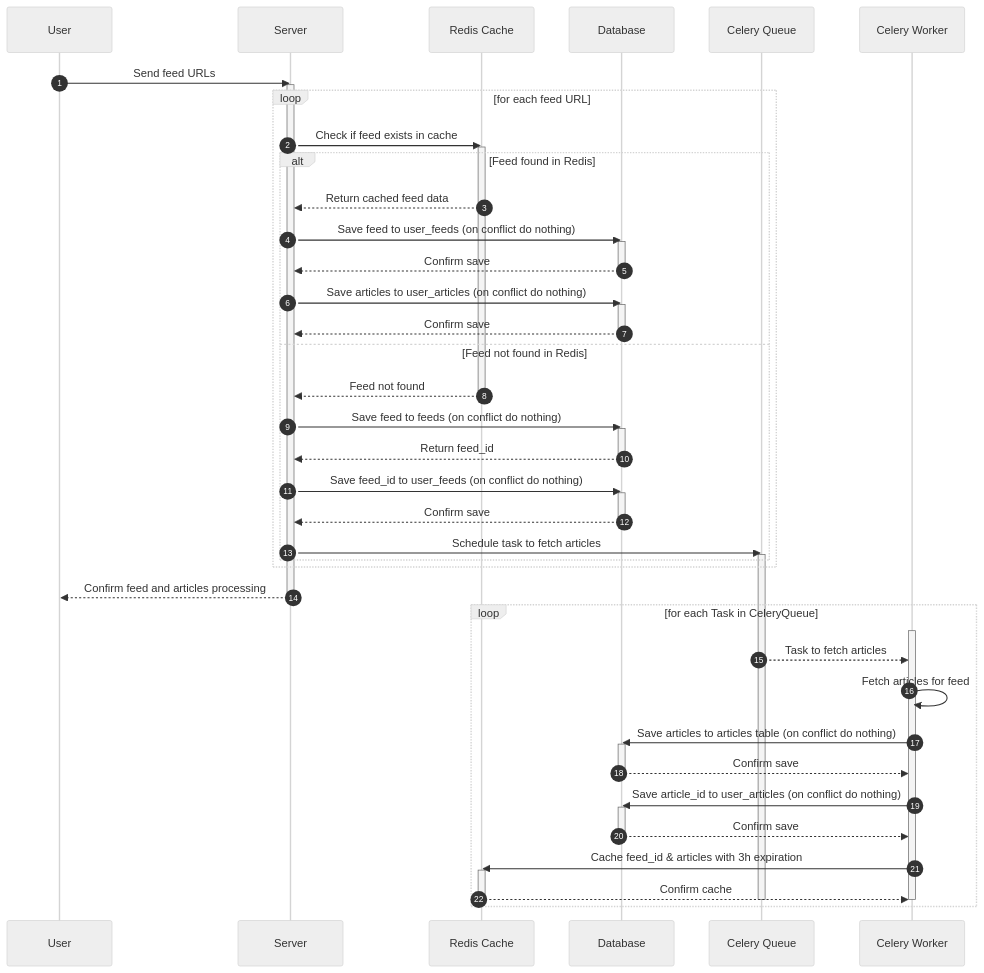
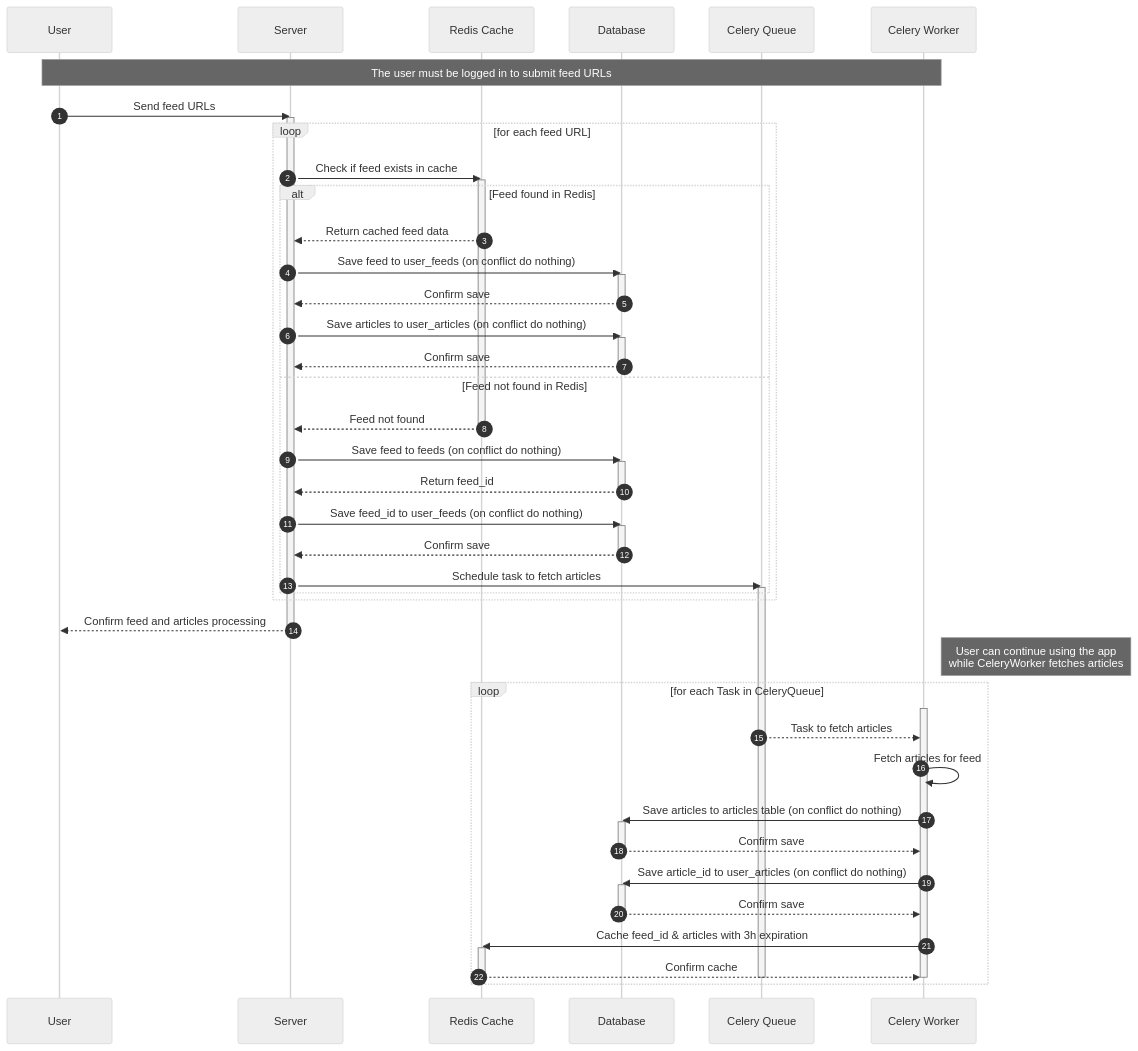
One commit to Dev-Dipesh/railway_poc changed the first of 2 diagrams in README.md. Above: the diagram before and after it, drawn with Mermaid (neutral theme). The commit also changed other lines of this file and 6 other files, not shown here.

````diff
--- a/README.md
+++ b/README.md
@@ -38,66 +191,70 @@
 ```mermaid
 sequenceDiagram
     autonumber
     participant User as User
     participant Server as Server
     participant Redis as Redis Cache
     participant Database as Database
     participant CeleryQueue as Celery Queue
     participant CeleryWorker as Celery Worker
+    
+    Note over User,CeleryWorker: The user must be logged in to submit feed URLs
 
     User->>Server: Send feed URLs
     activate Server
 
     loop for each feed URL
         Server->>Redis: Check if feed exists in cache
         activate Redis
 
         alt Feed found in Redis
             Redis-->>Server: Return cached feed data
             Server->>Database: Save feed to user_feeds (on conflict do nothing)
             activate Database
             Database-->>Server: Confirm save
             deactivate Database
             Server->>Database: Save articles to user_articles (on conflict do nothing)
             activate Database
             Database-->>Server: Confirm save
             deactivate Database
         else Feed not found in Redis
             Redis-->>Server: Feed not found
             deactivate Redis
             Server->>Database: Save feed to feeds (on conflict do nothing)
             activate Database
             Database-->>Server: Return feed_id
             deactivate Database
             Server->>Database: Save feed_id to user_feeds (on conflict do nothing)
             activate Database
             Database-->>Server: Confirm save
             deactivate Database
             Server->>CeleryQueue: Schedule task to fetch articles
             activate CeleryQueue
         end
     end
 
     Server-->>User: Confirm feed and articles processing
     deactivate Server
 
+    Note right of CeleryWorker: User can continue using the app <br/>while CeleryWorker fetches articles
+
     loop for each Task in CeleryQueue
         activate CeleryWorker
         CeleryQueue-->>CeleryWorker: Task to fetch articles
         CeleryWorker->>CeleryWorker: Fetch articles for feed
         CeleryWorker->>Database: Save articles to articles table (on conflict do nothing)
         activate Database
         Database-->>CeleryWorker: Confirm save
         deactivate Database
         CeleryWorker->>Database: Save article_id to user_articles (on conflict do nothing)
         activate Database
         Database-->>CeleryWorker: Confirm save
         deactivate Database
         CeleryWorker->>Redis: Cache feed_id & articles with 3h expiration
         activate Redis
         Redis-->>CeleryWorker: Confirm cache
         deactivate Redis
         deactivate CeleryWorker
         deactivate CeleryQueue
     end
 ```
````
